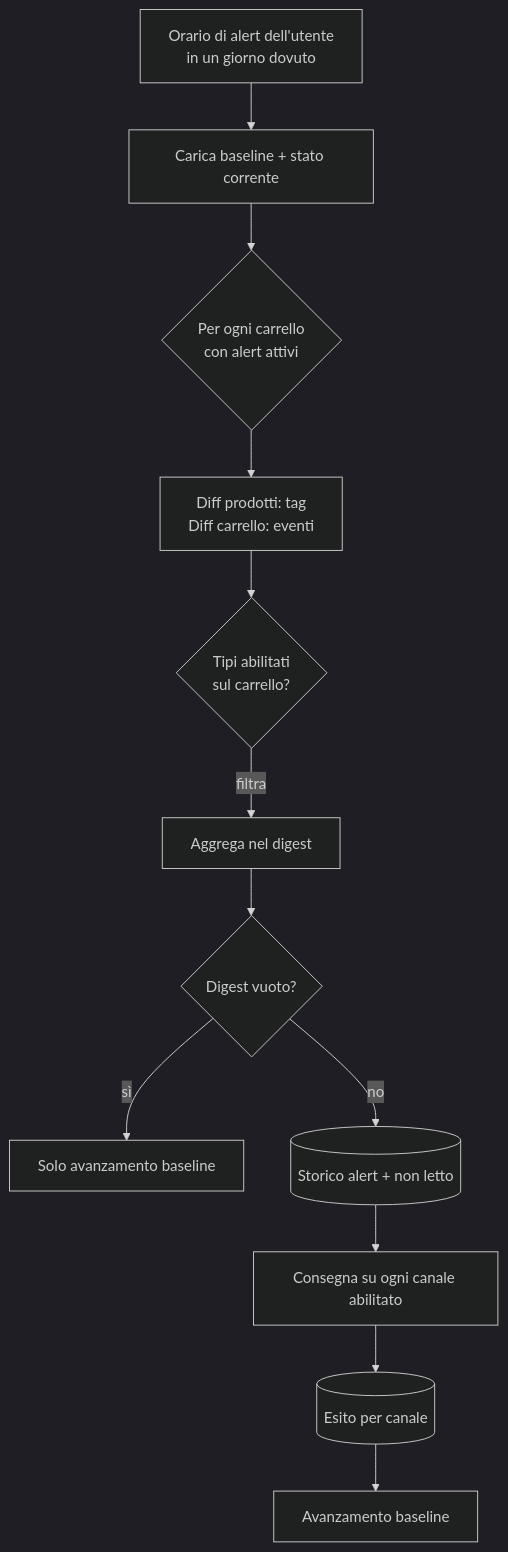
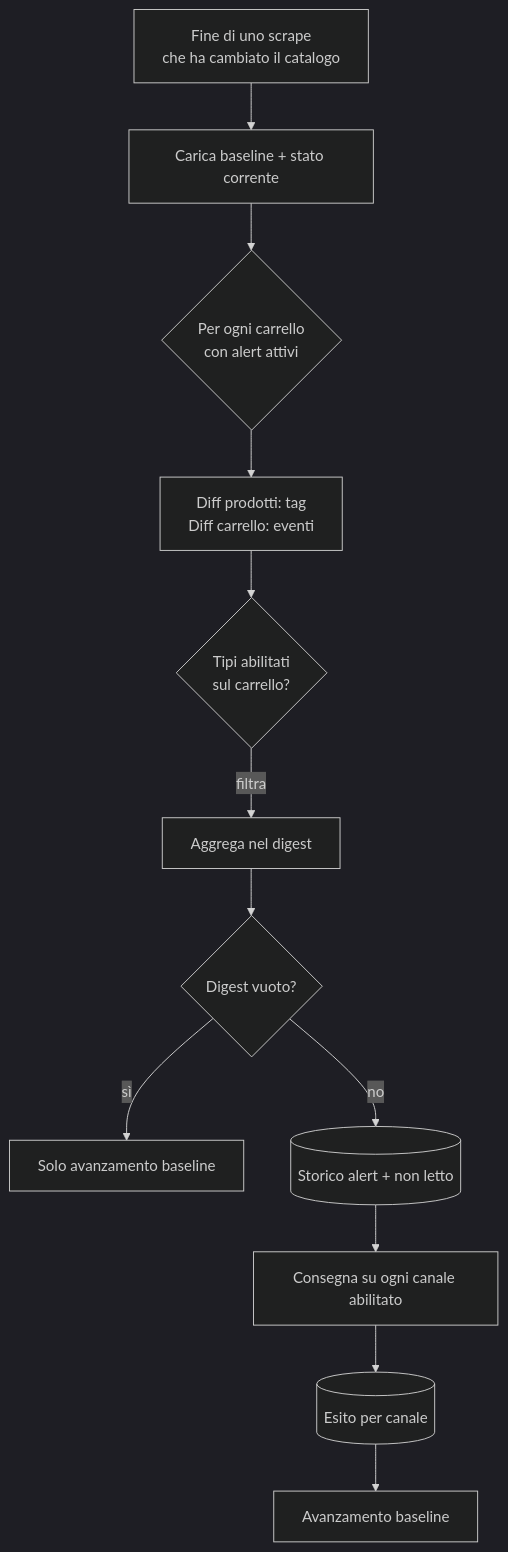
One commit to caporalesimone/watch-em-all changed the diagram in docs-ita/3-features/user/alerts-and-notifications.md. Above: the diagram before and after it, drawn with Mermaid (dark theme). The commit also changed other lines of this file and 34 other files, not shown here.

````diff
--- a/docs-ita/3-features/user/alerts-and-notifications.md
+++ b/docs-ita/3-features/user/alerts-and-notifications.md
@@ -33,14 +33,14 @@
 ```mermaid
 flowchart TD
-    T[Orario di alert dell'utente<br/>in un giorno dovuto] --> L[Carica baseline + stato corrente]
+    T[Fine di uno scrape<br/>che ha cambiato il catalogo] --> L[Carica baseline + stato corrente]
     L --> C{Per ogni carrello<br/>con alert attivi}
     C --> D[Diff prodotti: tag<br/>Diff carrello: eventi]
     D --> F{Tipi abilitati<br/>sul carrello?}
     F -- filtra --> AGG[Aggrega nel digest]
     AGG --> E{Digest vuoto?}
     E -- sì --> ADV[Solo avanzamento baseline]
     E -- no --> LOG[(Storico alert + non letto)]
     LOG --> CH[Consegna su ogni canale abilitato]
     CH --> REC[(Esito per canale)]
     REC --> ADV2[Avanzamento baseline]
 ```
````
